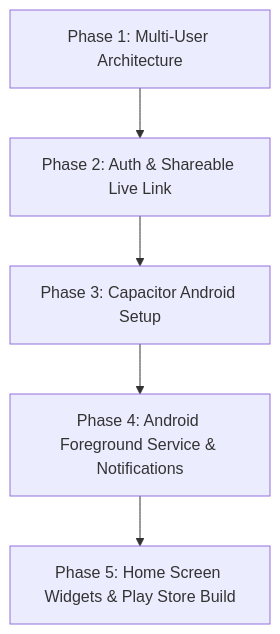
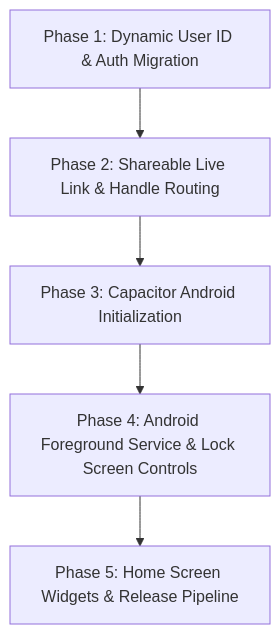
One commit to rahul100ni/Moment changed the diagram in brainstorm.md. Above: the diagram before and after it, drawn with Mermaid. The commit also changed other lines of this file and 3 other files, not shown here.

Commit message:
docs: rebrand to Moment, add VISION.md, update README and technical roadmap

````diff
--- a/brainstorm.md
+++ b/brainstorm.md
@@ -132,7 +167,7 @@
 ```mermaid
 flowchart TD
-    A[Phase 1: Multi-User Architecture] --> B[Phase 2: Auth & Shareable Live Link]
-    B --> C[Phase 3: Capacitor Android Setup]
-    C --> D[Phase 4: Android Foreground Service & Notifications]
-    D --> E[Phase 5: Home Screen Widgets & Play Store Build]
+    Phase1[Phase 1: Dynamic User ID & Auth Migration] --> Phase2[Phase 2: Shareable Live Link & Handle Routing]
+    Phase2 --> Phase3[Phase 3: Capacitor Android Initialization]
+    Phase3 --> Phase4[Phase 4: Android Foreground Service & Lock Screen Controls]
+    Phase4 --> Phase5[Phase 5: Home Screen Widgets & Release Pipeline]
 ```
````
